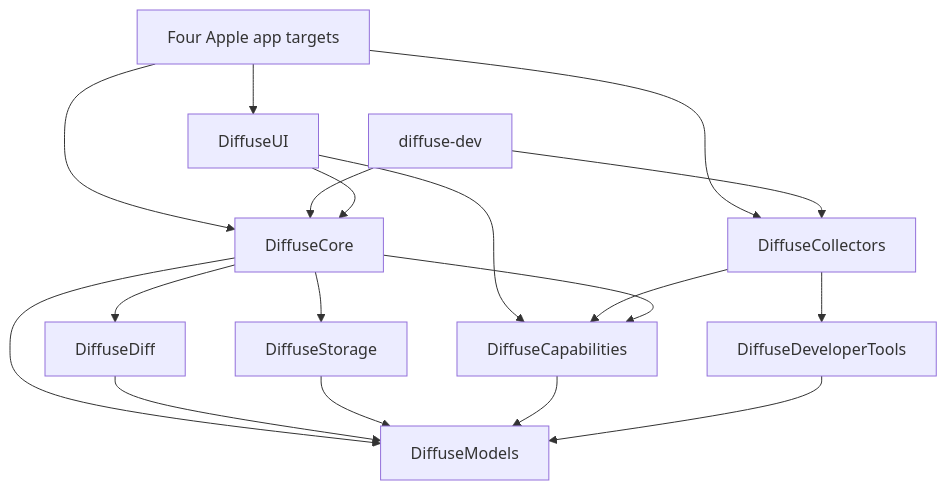
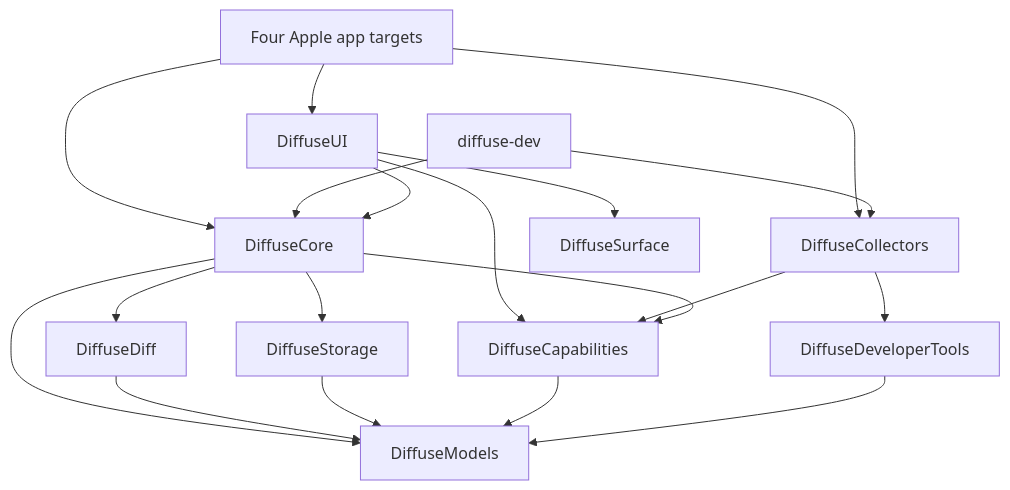
One commit to hoangsonww/Diffuse-Native-Apps changed the third of 26 diagrams in ARCHITECTURE.md. Above: the diagram before and after it, drawn with Mermaid. The commit also changed other lines of this file and 4 other files, not shown here.

````diff
--- a/ARCHITECTURE.md
+++ b/ARCHITECTURE.md
@@ -105,21 +105,22 @@
 ```mermaid
 flowchart TD
     Apps[Four Apple app targets] --> UI[DiffuseUI]
     Apps --> Collectors[DiffuseCollectors]
     Apps --> Core[DiffuseCore]
     CLI[diffuse-dev] --> Core
     CLI --> Collectors
 
     UI --> Core
     UI --> Capabilities[DiffuseCapabilities]
     Collectors --> Capabilities
     Collectors --> DevTools[DiffuseDeveloperTools]
     Core --> Capabilities
     Core --> Models[DiffuseModels]
     Core --> Diff[DiffuseDiff]
     Core --> Storage[DiffuseStorage]
     Diff --> Models
     Storage --> Models
     Capabilities --> Models
     DevTools --> Models
+    UI --> Surface[DiffuseSurface]
 ```
````
